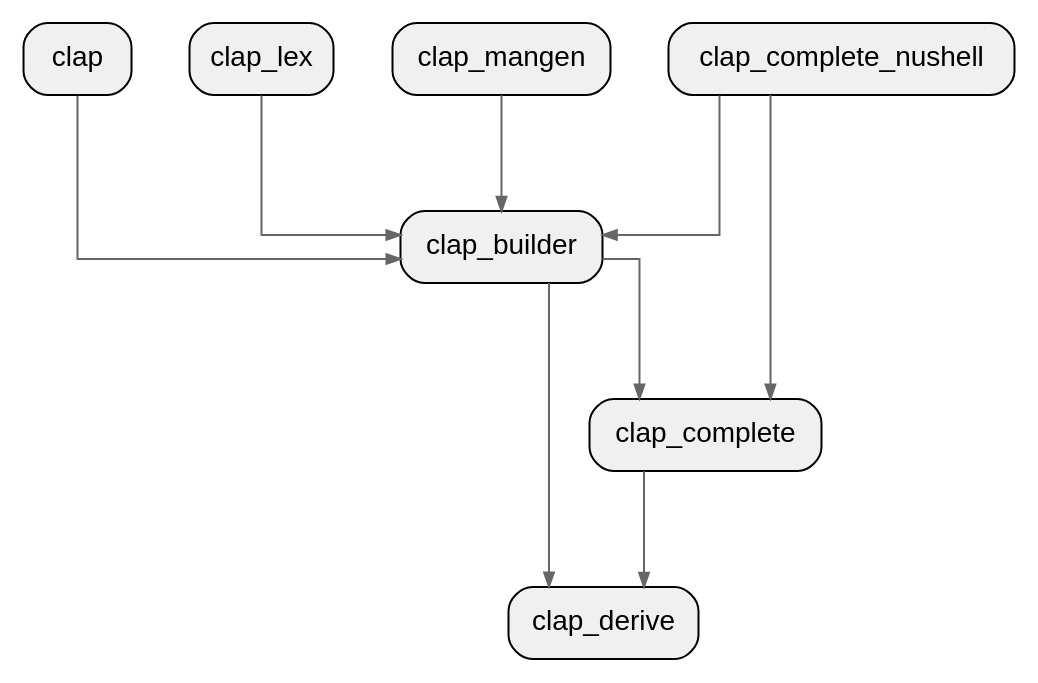
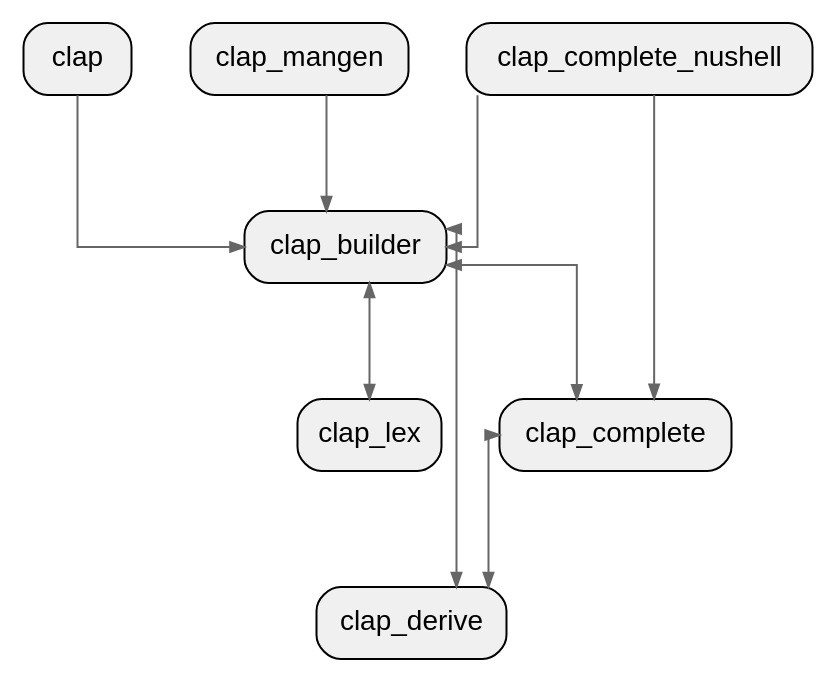
The diagram in sample/clap-pagerank/depth_1_crate.dot (allenanswerzq/llmcc), drawn with Graphviz before and after one commit. The commit also changed 187 other files, not shown here.

```diff
--- a/sample/clap-pagerank/depth_1_crate.dot
+++ b/sample/clap-pagerank/depth_1_crate.dot
@@ -1,32 +1,32 @@
 digraph architecture {
   // Layout settings
   rankdir=TB;
   ranksep=0.8;
   nodesep=0.4;
   splines=ortho;
   concentrate=true;
 
   node [shape=box, style="rounded,filled", fillcolor="#f0f0f0", fontname="Helvetica"];
   edge [color="#666666", arrowsize=0.7];
 
   labelloc=t;
   fontsize=16;
   fontname="Helvetica Bold";
 
   crate_clap[label="clap"];
   crate_clap_builder[label="clap_builder"];
   crate_clap_complete[label="clap_complete"];
   crate_clap_complete_nushell[label="clap_complete_nushell"];
   crate_clap_derive[label="clap_derive"];
   crate_clap_lex[label="clap_lex"];
   crate_clap_mangen[label="clap_mangen"];
 
   crate_clap -> crate_clap_builder;
-  crate_clap_builder -> crate_clap_complete;
-  crate_clap_builder -> crate_clap_derive;
-  crate_clap_complete -> crate_clap_derive;
+  crate_clap_builder -> crate_clap_complete [dir=both]; // best-effort not accurate
+  crate_clap_builder -> crate_clap_derive [dir=both]; // best-effort not accurate
+  crate_clap_builder -> crate_clap_lex [dir=both]; // best-effort not accurate
+  crate_clap_complete -> crate_clap_derive [dir=both]; // best-effort not accurate
   crate_clap_complete_nushell -> crate_clap_builder;
   crate_clap_complete_nushell -> crate_clap_complete;
-  crate_clap_lex -> crate_clap_builder;
   crate_clap_mangen -> crate_clap_builder;
 }
```
